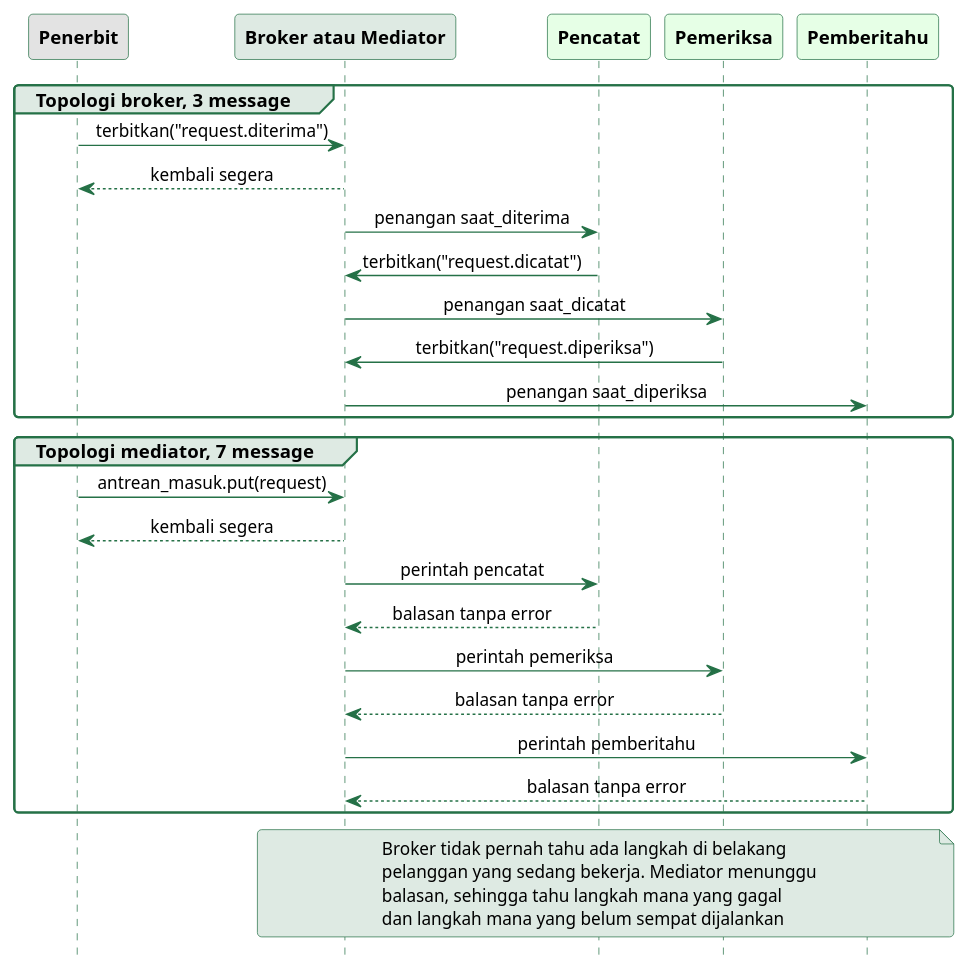
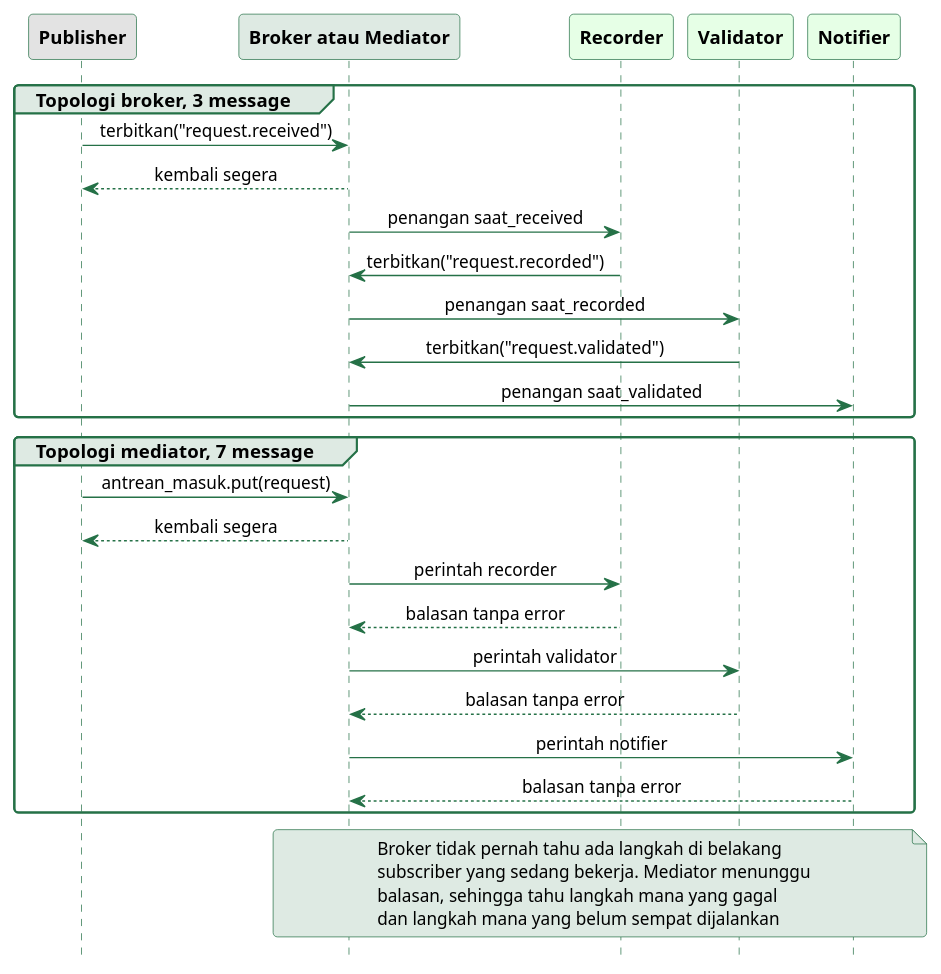
One commit to alfa-yohannis/software-architecture changed the diagram in sources/chapter09/diagram/sekuens-event.puml. Above: the diagram before and after it, drawn with PlantUML. The commit also changed other lines of this file and 20 other files, not shown here.

```diff
--- a/sources/chapter09/diagram/sekuens-event.puml
+++ b/sources/chapter09/diagram/sekuens-event.puml
@@ -12,60 +12,60 @@
 @startuml
 skinparam backgroundColor transparent
 skinparam defaultFontName Titillium Web
 skinparam defaultFontSize 13
 skinparam shadowing false
 skinparam roundCorner 6
 skinparam sequenceMessageAlignment center
 skinparam sequence {
   ArrowColor #257147
   ArrowFontSize 12
   LifeLineBorderColor #257147
   LifeLineBackgroundColor #DEEAE3
   ParticipantBorderColor #257147
   ParticipantFontColor black
   ParticipantFontSize 13
   ParticipantFontStyle bold
   GroupBackgroundColor #DEEAE3
   GroupBorderColor #257147
 }
 skinparam note {
   BackgroundColor #DEEAE3
   BorderColor #257147
   FontSize 12
 }
 hide footbox
 
-participant Penerbit as U #E3E3E3
+participant Publisher as U #E3E3E3
 participant "Broker atau Mediator" as B #DEEAE3
-participant Pencatat as C #E6FFE6
-participant Pemeriksa as P #E6FFE6
-participant Pemberitahu as N #E6FFE6
+participant Recorder as C #E6FFE6
+participant Validator as P #E6FFE6
+participant Notifier as N #E6FFE6
 
 group Topologi broker, 3 message
-  U -> B : terbitkan("request.diterima")
+  U -> B : terbitkan("request.received")
   U <-- B : kembali segera
-  B -> C : penangan saat_diterima
-  C -> B : terbitkan("request.dicatat")
-  B -> P : penangan saat_dicatat
-  P -> B : terbitkan("request.diperiksa")
-  B -> N : penangan saat_diperiksa
+  B -> C : penangan saat_received
+  C -> B : terbitkan("request.recorded")
+  B -> P : penangan saat_recorded
+  P -> B : terbitkan("request.validated")
+  B -> N : penangan saat_validated
 end
 
 group Topologi mediator, 7 message
   U -> B : antrean_masuk.put(request)
   U <-- B : kembali segera
-  B -> C : perintah pencatat
+  B -> C : perintah recorder
   C --> B : balasan tanpa error
-  B -> P : perintah pemeriksa
+  B -> P : perintah validator
   P --> B : balasan tanpa error
-  B -> N : perintah pemberitahu
+  B -> N : perintah notifier
   N --> B : balasan tanpa error
 end
 
 note over B, N
   Broker tidak pernah tahu ada langkah di belakang
-  pelanggan yang sedang bekerja. Mediator menunggu
+  subscriber yang sedang bekerja. Mediator menunggu
   balasan, sehingga tahu langkah mana yang gagal
   dan langkah mana yang belum sempat dijalankan
 end note
 @enduml
```
